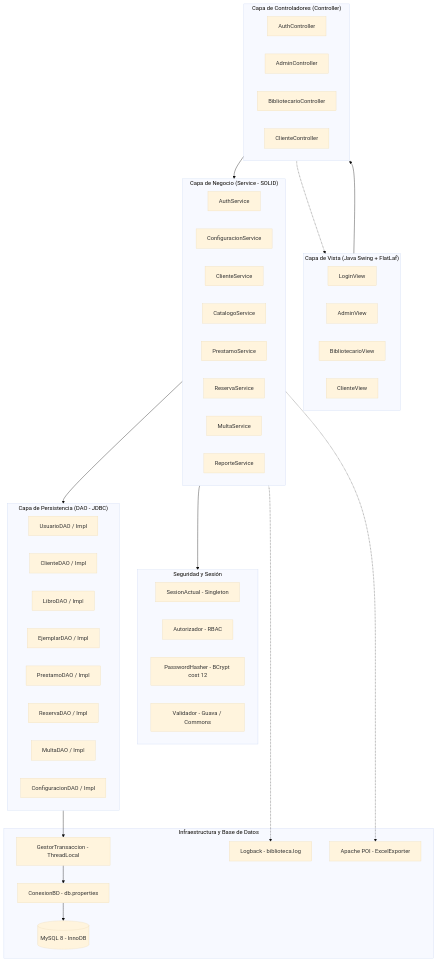
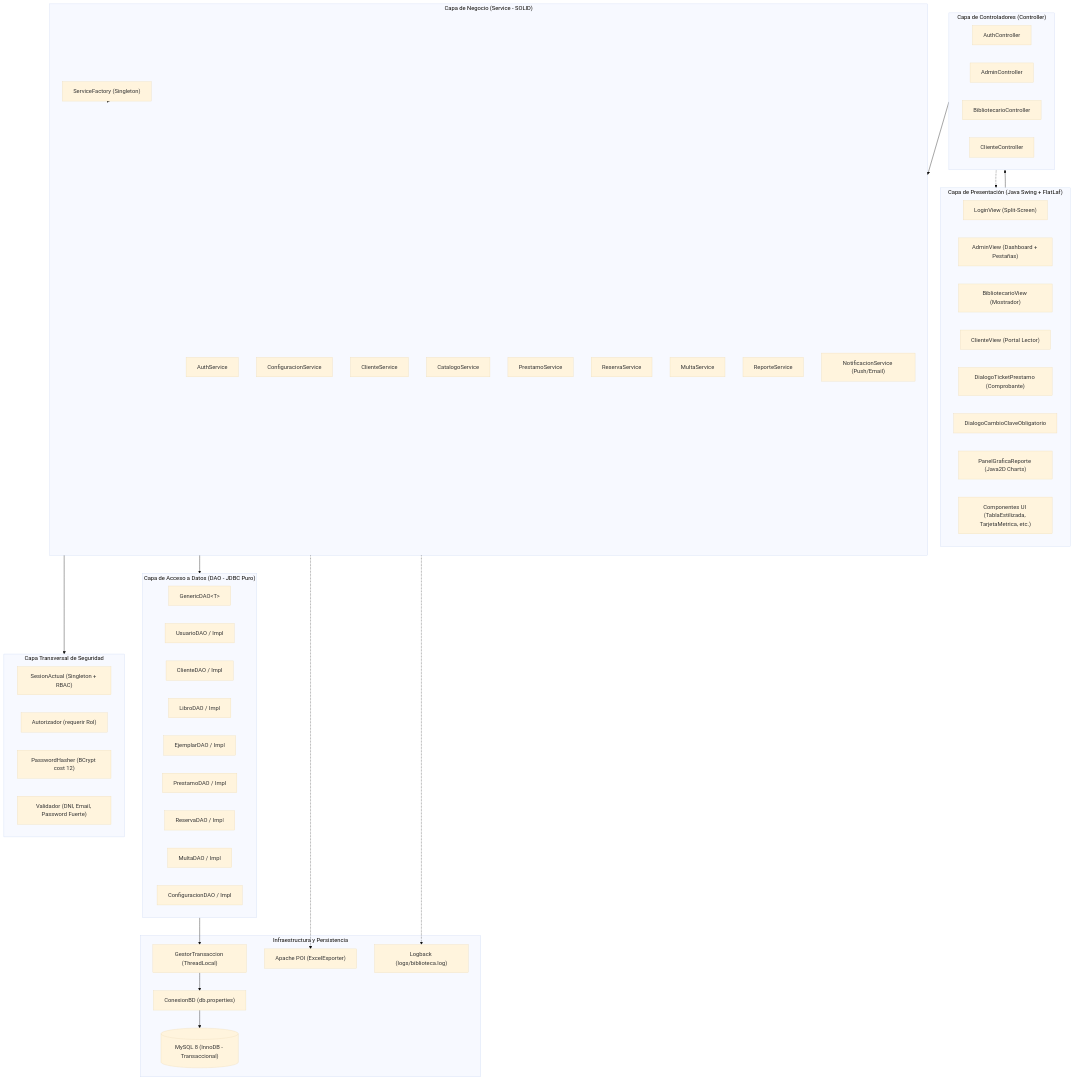
Before and after one commit to aldair242/sistema-biblioteca: the first of 2 diagrams in docs/arquitectura.md, drawn with Mermaid (base theme). The commit also changed other lines of this file and 11 other files, not shown here.

Commit message:
docs: documentacion tecnica integral con Javadoc en espanol, diagramas Mermaid y manual de usuario

````diff
--- a/docs/arquitectura.md
+++ b/docs/arquitectura.md
@@ -9,64 +9,72 @@
 ```mermaid
 flowchart TB
-    subgraph Vista ["Capa de Vista (Java Swing + FlatLaf)"]
-        V1[LoginView]
-        V2[AdminView]
-        V3[BibliotecarioView]
-        V4[ClienteView]
+    subgraph Vista ["Capa de Presentación (Java Swing + FlatLaf)"]
+        V1["LoginView (Split-Screen)"]
+        V2["AdminView (Dashboard + Pestañas)"]
+        V3["BibliotecarioView (Mostrador)"]
+        V4["ClienteView (Portal Lector)"]
+        V5["DialogoTicketPrestamo (Comprobante)"]
+        V6["DialogoCambioClaveObligatorio"]
+        V7["PanelGraficaReporte (Java2D Charts)"]
+        V8["Componentes UI (TablaEstilizada, TarjetaMetrica, etc.)"]
     end
 
     subgraph Controlador ["Capa de Controladores (Controller)"]
-        C1[AuthController]
-        C2[AdminController]
-        C3[BibliotecarioController]
-        C4[ClienteController]
+        C1["AuthController"]
+        C2["AdminController"]
+        C3["BibliotecarioController"]
+        C4["ClienteController"]
     end
 
-    subgraph Seguridad ["Seguridad y Sesión"]
-        SEC1[SesionActual - Singleton]
-        SEC2[Autorizador - RBAC]
-        SEC3[PasswordHasher - BCrypt cost 12]
-        SEC4[Validador - Guava / Commons]
+    subgraph Seguridad ["Capa Transversal de Seguridad"]
+        SEC1["SesionActual (Singleton + RBAC)"]
+        SEC2["Autorizador (requerir Rol)"]
+        SEC3["PasswordHasher (BCrypt cost 12)"]
+        SEC4["Validador (DNI, Email, Password Fuerte)"]
     end
 
     subgraph Servicio ["Capa de Negocio (Service - SOLID)"]
-        S1[AuthService]
-        S2[ConfiguracionService]
-        S3[ClienteService]
-        S4[CatalogoService]
-        S5[PrestamoService]
-        S6[ReservaService]
-        S7[MultaService]
-        S8[ReporteService]
+        SF["ServiceFactory (Singleton)"]
+        S1["AuthService"]
+        S2["ConfiguracionService"]
+        S3["ClienteService"]
+        S4["CatalogoService"]
+        S5["PrestamoService"]
+        S6["ReservaService"]
+        S7["MultaService"]
+        S8["ReporteService"]
+        S9["NotificacionService (Push/Email)"]
     end
 
-    subgraph Datos ["Capa de Persistencia (DAO - JDBC)"]
-        D1[UsuarioDAO / Impl]
-        D2[ClienteDAO / Impl]
-        D3[LibroDAO / Impl]
-        D4[EjemplarDAO / Impl]
-        D5[PrestamoDAO / Impl]
-        D6[ReservaDAO / Impl]
-        D7[MultaDAO / Impl]
-        D8[ConfiguracionDAO / Impl]
+    subgraph Datos ["Capa de Acceso a Datos (DAO - JDBC Puro)"]
+        D0["GenericDAO&lt;T&gt;"]
+        D1["UsuarioDAO / Impl"]
+        D2["ClienteDAO / Impl"]
+        D3["LibroDAO / Impl"]
+        D4["EjemplarDAO / Impl"]
+        D5["PrestamoDAO / Impl"]
+        D6["ReservaDAO / Impl"]
+        D7["MultaDAO / Impl"]
+        D8["ConfiguracionDAO / Impl"]
     end
 
-    subgraph Infra ["Infraestructura y Base de Datos"]
-        DB[(MySQL 8 - InnoDB)]
-        TX[GestorTransaccion - ThreadLocal]
-        CONF[ConexionBD - db.properties]
-        LOG[Logback - biblioteca.log]
-        POI[Apache POI - ExcelExporter]
+    subgraph Infra ["Infraestructura y Persistencia"]
+        DB[("MySQL 8 (InnoDB - Transaccional)")]
+        TX["GestorTransaccion (ThreadLocal)"]
+        CONF["ConexionBD (db.properties)"]
+        LOG["Logback (logs/biblioteca.log)"]
+        POI["Apache POI (ExcelExporter)"]
     end
 
     Vista --> Controlador
     Controlador --> Servicio
     Controlador -.-> Vista
+    Servicio --> Seguridad
     Servicio --> Datos
-    Servicio --> Seguridad
     Servicio -.-> POI
     Servicio -.-> LOG
+    SF --> Servicio
     Datos --> TX
     TX --> CONF
     CONF --> DB
 ```
````
